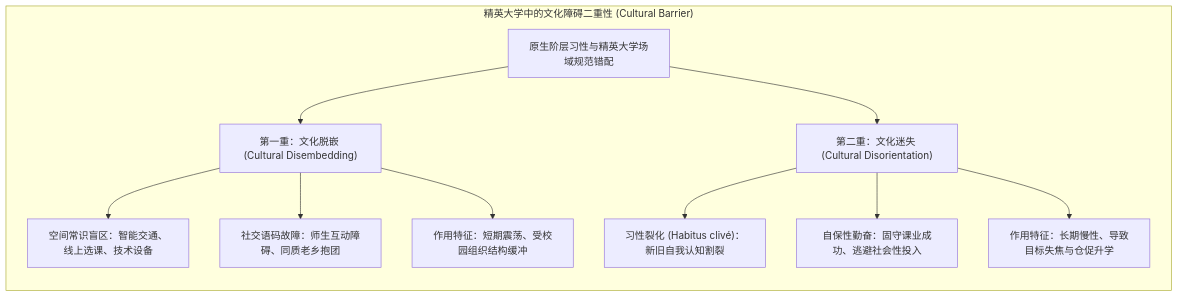
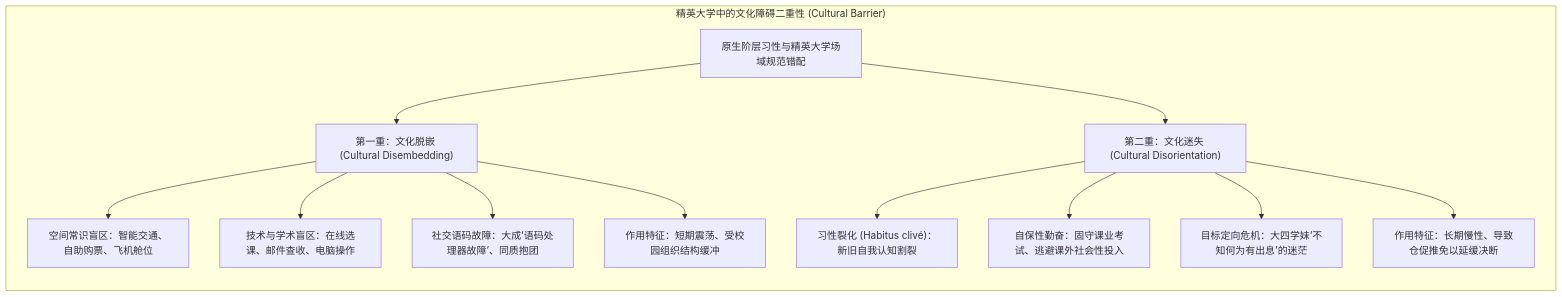
Before and after one commit to likemie/vault-notes: the diagram in wiki/arguments/books/Zheng_2023_ShanghaiSanlian/Argument_Zheng_2023_ShanghaiSanlian_Ch06.md, drawn with Mermaid. The commit also changed other lines of this file and 5 other files, not shown here.

````diff
--- a/wiki/arguments/books/Zheng_2023_ShanghaiSanlian/Argument_Zheng_2023_ShanghaiSanlian_Ch06.md
+++ b/wiki/arguments/books/Zheng_2023_ShanghaiSanlian/Argument_Zheng_2023_ShanghaiSanlian_Ch06.md
@@ -155,16 +134,18 @@
 ```mermaid
 flowchart TD
   subgraph Barrier["精英大学中的文化障碍二重性 (Cultural Barrier)"]
     direction TB
     A["原生阶层习性与精英大学场域规范错配"] --> B["第一重：文化脱嵌 (Cultural Disembedding)"]
     A --> C["第二重：文化迷失 (Cultural Disorientation)"]
     
-    B --> B1["空间常识盲区：智能交通、线上选课、技术设备"]
-    B --> B2["社交语码故障：师生互动障碍、同质老乡抱团"]
-    B --> B3["作用特征：短期震荡、受校园组织结构缓冲"]
+    B --> B1["空间常识盲区：智能交通、自助购票、飞机舱位"]
+    B --> B2["技术与学术盲区：在线选课、邮件查收、电脑操作"]
+    B --> B3["社交语码故障：大成‘语码处理器故障’、同质抱团"]
+    B --> B4["作用特征：短期震荡、受校园组织结构缓冲"]
     
     C --> C1["习性裂化 (Habitus clivé)：新旧自我认知割裂"]
-    C --> C2["自保性勤奋：固守课业成功、逃避社会性投入"]
-    C --> C3["作用特征：长期慢性、导致目标失焦与仓促升学"]
+    C --> C2["自保性勤奋：固守课业考试、逃避课外社会性投入"]
+    C --> C3["目标定向危机：大四学妹‘不知何为有出息’的迷茫"]
+    C --> C4["作用特征：长期慢性、导致仓促推免以延缓决断"]
   end
 ```
````
